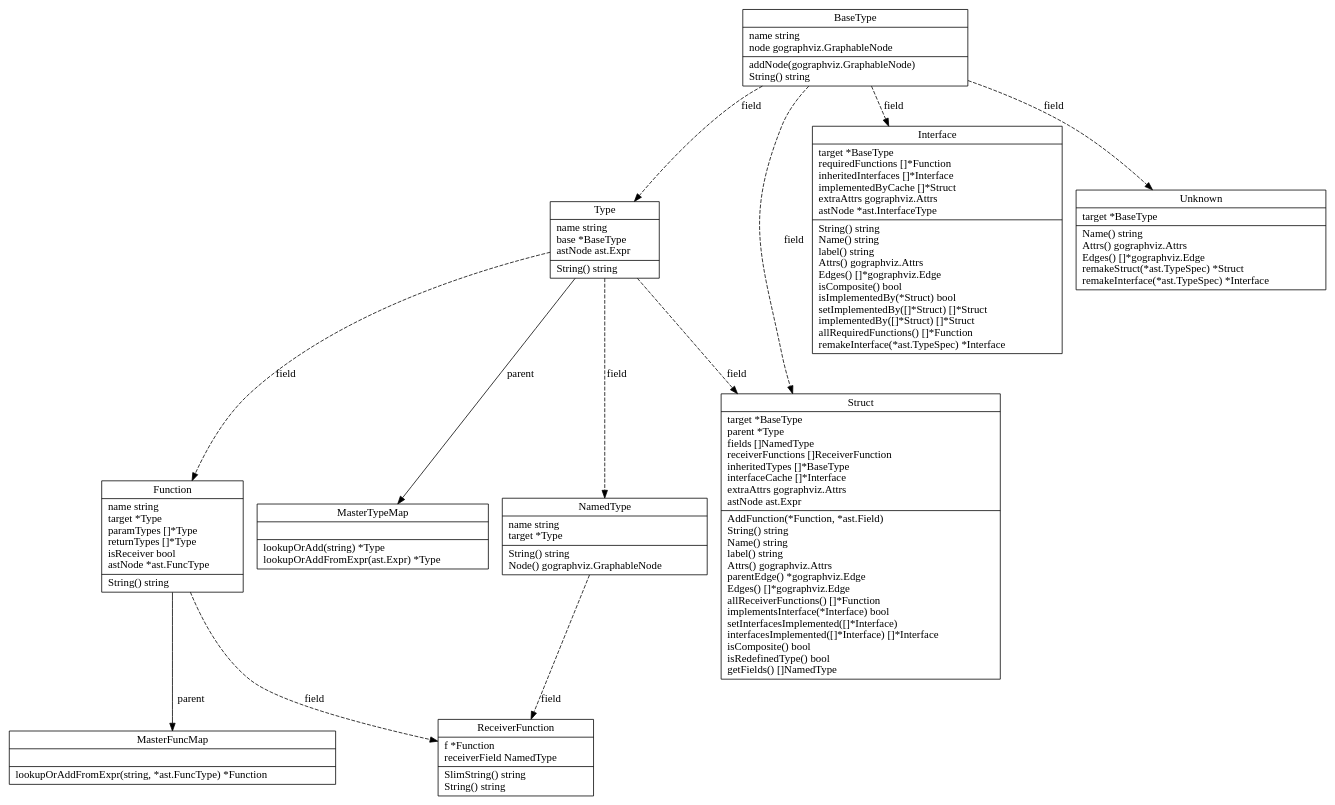
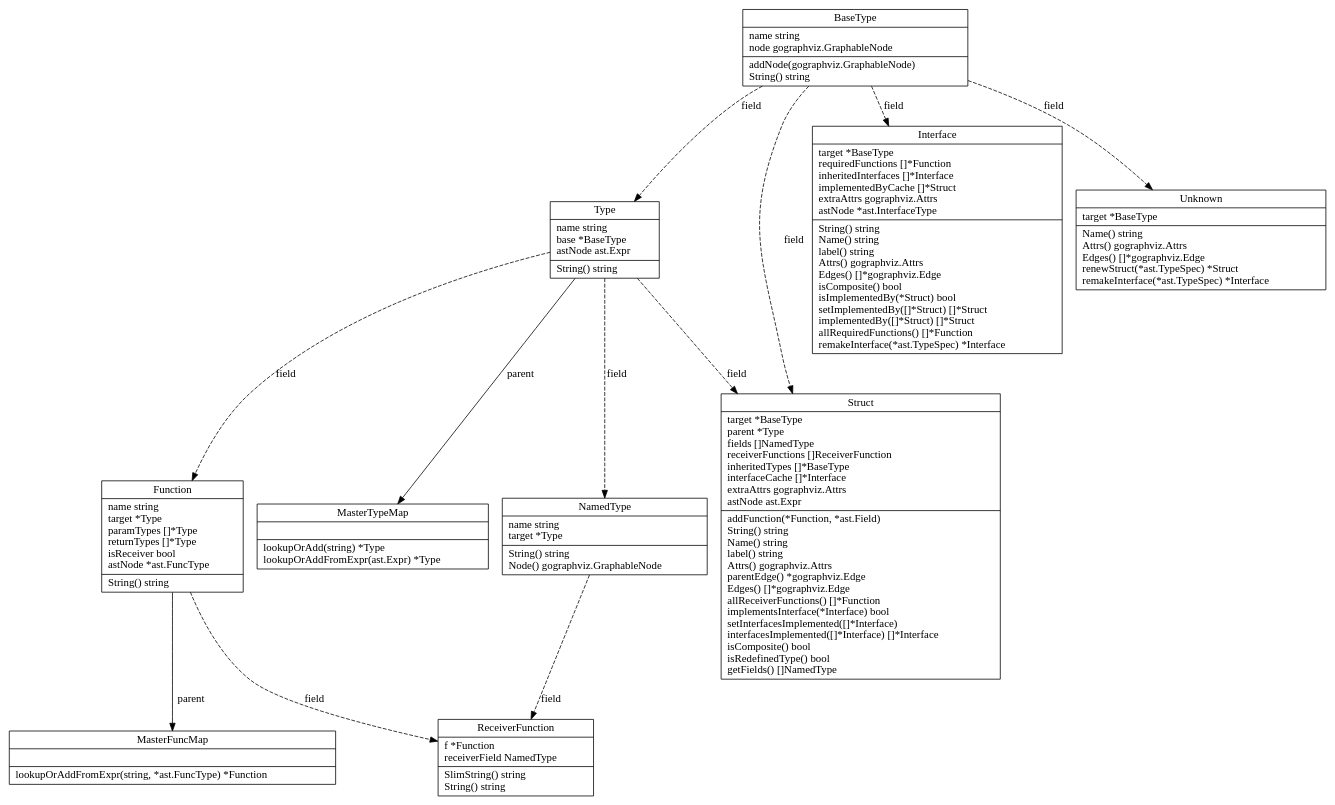
Before and after one commit to FireGoblin/golangTypeGraph: the diagram in golang.dot, drawn with Graphviz. The commit also changed 8 other files, not shown here.

```diff
--- a/golang.dot
+++ b/golang.dot
@@ -1,24 +1,24 @@
 digraph golangTypeGraph {
 	Type->NamedType[ label=field, style=dashed ];
 	Type->Function[ label=field, style=dashed ];
 	BaseType->Interface[ label=field, style=dashed ];
 	Function->MasterFuncMap[ label=parent, style=solid ];
 	BaseType->Struct[ label=field, style=dashed ];
 	Type->Struct[ label=field, style=dashed ];
 	BaseType->Type[ label=field, style=dashed ];
 	BaseType->Unknown[ label=field, style=dashed ];
 	Type->MasterTypeMap[ label=parent, style=solid ];
 	Function->ReceiverFunction[ label=field, style=dashed ];
 	NamedType->ReceiverFunction[ label=field, style=dashed ];
 	BaseType [ label="{BaseType|name string\lnode gographviz.GraphableNode\l|addNode(gographviz.GraphableNode) \lString() string\l}", shape=record ];
 	Function [ label="{Function|name string\ltarget *Type\lparamTypes []*Type\lreturnTypes []*Type\lisReceiver bool\lastNode *ast.FuncType\l|String() string\l}", shape=record ];
 	Interface [ label="{Interface|target *BaseType\lrequiredFunctions []*Function\linheritedInterfaces []*Interface\limplementedByCache []*Struct\lextraAttrs gographviz.Attrs\lastNode *ast.InterfaceType\l|String() string\lName() string\llabel() string\lAttrs() gographviz.Attrs\lEdges() []*gographviz.Edge\lisComposite() bool\lisImplementedBy(*Struct) bool\lsetImplementedBy([]*Struct) []*Struct\limplementedBy([]*Struct) []*Struct\lallRequiredFunctions() []*Function\lremakeInterface(*ast.TypeSpec) *Interface\l}", shape=record ];
 	MasterFuncMap [ label="{MasterFuncMap||lookupOrAddFromExpr(string, *ast.FuncType) *Function\l}", shape=record ];
 	MasterTypeMap [ label="{MasterTypeMap||lookupOrAdd(string) *Type\llookupOrAddFromExpr(ast.Expr) *Type\l}", shape=record ];
 	NamedType [ label="{NamedType|name string\ltarget *Type\l|String() string\lNode() gographviz.GraphableNode\l}", shape=record ];
 	ReceiverFunction [ label="{ReceiverFunction|f *Function\lreceiverField NamedType\l|SlimString() string\lString() string\l}", shape=record ];
-	Struct [ label="{Struct|target *BaseType\lparent *Type\lfields []NamedType\lreceiverFunctions []ReceiverFunction\linheritedTypes []*BaseType\linterfaceCache []*Interface\lextraAttrs gographviz.Attrs\lastNode ast.Expr\l|AddFunction(*Function, *ast.Field) \lString() string\lName() string\llabel() string\lAttrs() gographviz.Attrs\lparentEdge() *gographviz.Edge\lEdges() []*gographviz.Edge\lallReceiverFunctions() []*Function\limplementsInterface(*Interface) bool\lsetInterfacesImplemented([]*Interface) \linterfacesImplemented([]*Interface) []*Interface\lisComposite() bool\lisRedefinedType() bool\lgetFields() []NamedType\l}", shape=record ];
+	Struct [ label="{Struct|target *BaseType\lparent *Type\lfields []NamedType\lreceiverFunctions []ReceiverFunction\linheritedTypes []*BaseType\linterfaceCache []*Interface\lextraAttrs gographviz.Attrs\lastNode ast.Expr\l|addFunction(*Function, *ast.Field) \lString() string\lName() string\llabel() string\lAttrs() gographviz.Attrs\lparentEdge() *gographviz.Edge\lEdges() []*gographviz.Edge\lallReceiverFunctions() []*Function\limplementsInterface(*Interface) bool\lsetInterfacesImplemented([]*Interface) \linterfacesImplemented([]*Interface) []*Interface\lisComposite() bool\lisRedefinedType() bool\lgetFields() []NamedType\l}", shape=record ];
 	Type [ label="{Type|name string\lbase *BaseType\lastNode ast.Expr\l|String() string\l}", shape=record ];
-	Unknown [ label="{Unknown|target *BaseType\l|Name() string\lAttrs() gographviz.Attrs\lEdges() []*gographviz.Edge\lremakeStruct(*ast.TypeSpec) *Struct\lremakeInterface(*ast.TypeSpec) *Interface\l}", shape=record ];
+	Unknown [ label="{Unknown|target *BaseType\l|Name() string\lAttrs() gographviz.Attrs\lEdges() []*gographviz.Edge\lrenewStruct(*ast.TypeSpec) *Struct\lremakeInterface(*ast.TypeSpec) *Interface\l}", shape=record ];
 
 }
```
